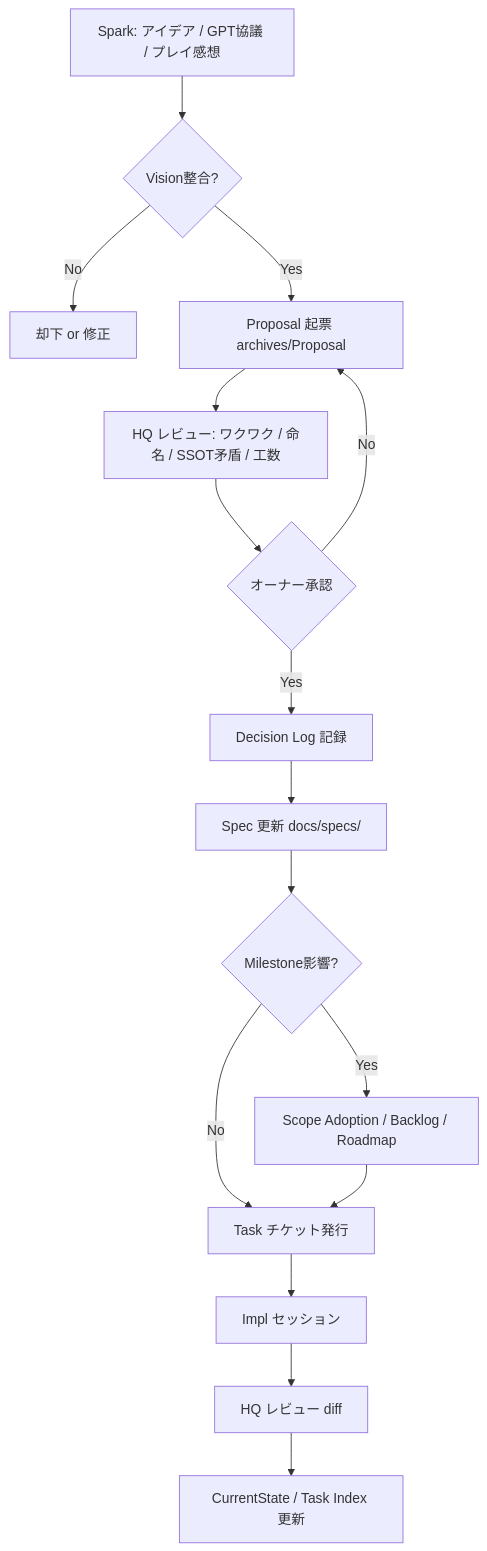
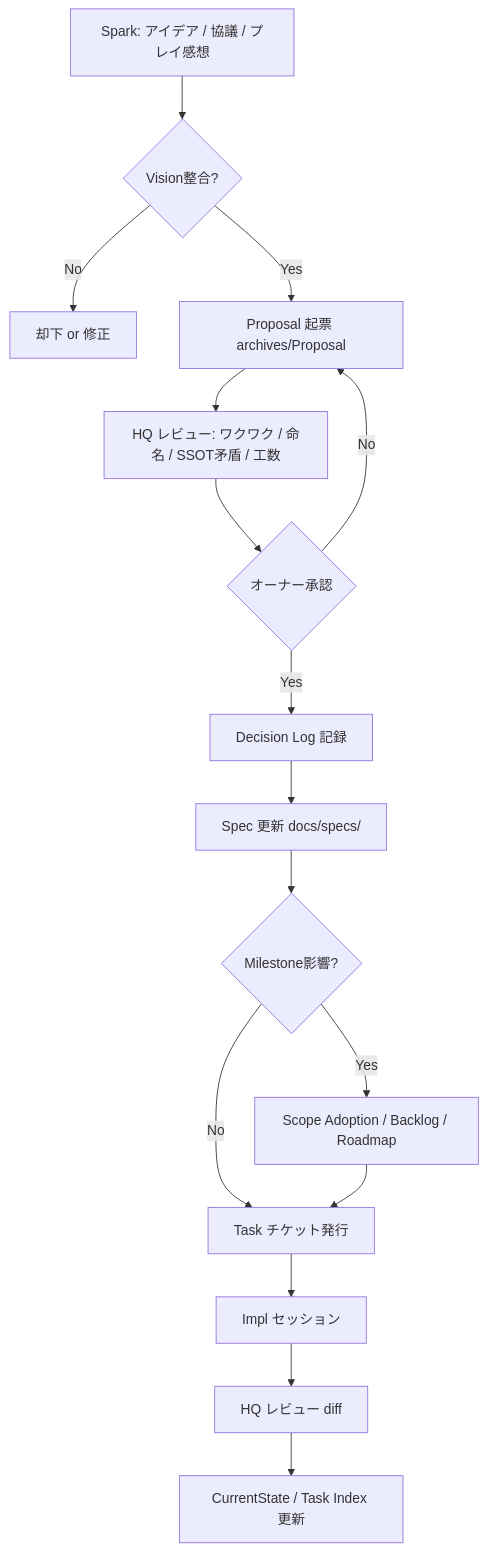
Before and after one commit to JeflyMarte/crownfall: the diagram in docs/specs/core/06_DevelopmentHQ_Operations.md, drawn with Mermaid. The commit also changed other lines of this file and 38 other files, not shown here.

````diff
--- a/docs/specs/core/06_DevelopmentHQ_Operations.md
+++ b/docs/specs/core/06_DevelopmentHQ_Operations.md
@@ -62,18 +61,18 @@
 ```mermaid
 flowchart TD
-  A[Spark: アイデア / GPT協議 / プレイ感想] --> B{Vision整合?}
+  A[Spark: アイデア / 協議 / プレイ感想] --> B{Vision整合?}
   B -->|No| A2[却下 or 修正]
   B -->|Yes| C[Proposal 起票 archives/Proposal]
   C --> D[HQ レビュー: ワクワク / 命名 / SSOT矛盾 / 工数]
   D --> E{オーナー承認}
   E -->|No| C
   E -->|Yes| F[Decision Log 記録]
   F --> G[Spec 更新 docs/specs/]
   G --> H{Milestone影響?}
   H -->|Yes| I[Scope Adoption / Backlog / Roadmap]
   H -->|No| J[Task チケット発行]
   I --> J
   J --> K[Impl セッション]
   K --> L[HQ レビュー diff]
   L --> M[CurrentState / Task Index 更新]
 ```
````
